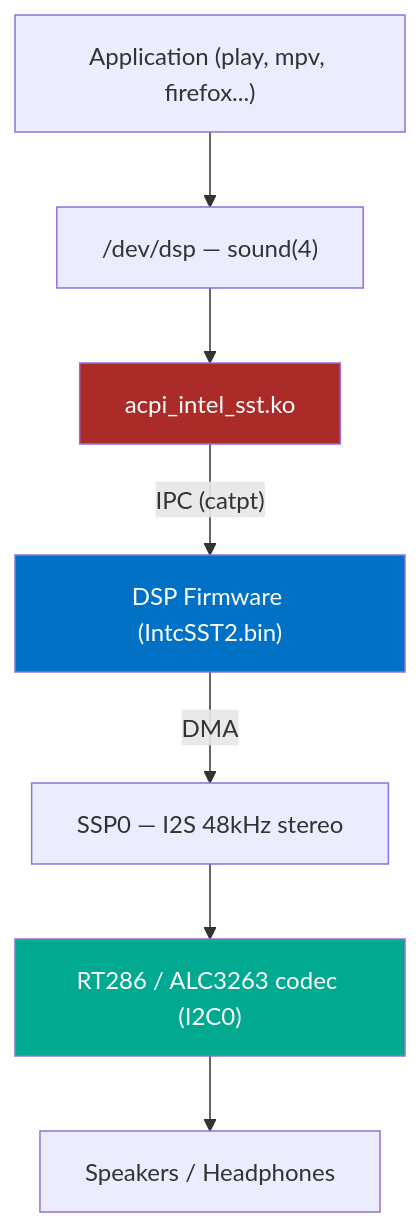
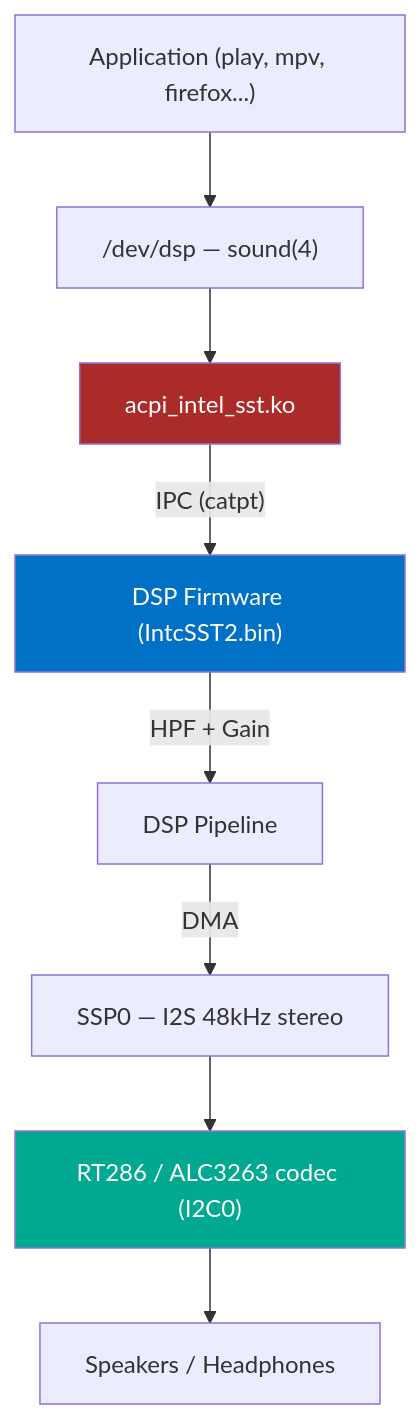
Before and after one commit to spagu/acpi_intel_sst: the first of 12 diagrams in DIAGRAMS.md, drawn with Mermaid. The commit also changed 9 other files, not shown here.

First line of the commit message:
feat: add HPF stage in playback pipeline for speaker protection

````diff
--- a/DIAGRAMS.md
+++ b/DIAGRAMS.md
@@ -9,13 +9,14 @@
 ```mermaid
 graph TD
     A["Application (play, mpv, firefox...)"] --> B["/dev/dsp — sound(4)"]
     B --> C["acpi_intel_sst.ko"]
     C -->|"IPC (catpt)"| D["DSP Firmware (IntcSST2.bin)"]
-    D -->|"DMA"| E["SSP0 — I2S 48kHz stereo"]
+    D -->|"HPF + Gain"| D2["DSP Pipeline"]
+    D2 -->|"DMA"| E["SSP0 — I2S 48kHz stereo"]
     E --> F["RT286 / ALC3263 codec (I2C0)"]
     F --> G["Speakers / Headphones"]
 
     style C fill:#AB2B28,color:#fff
     style D fill:#0071C5,color:#fff
     style F fill:#00A98F,color:#fff
 ```
````
